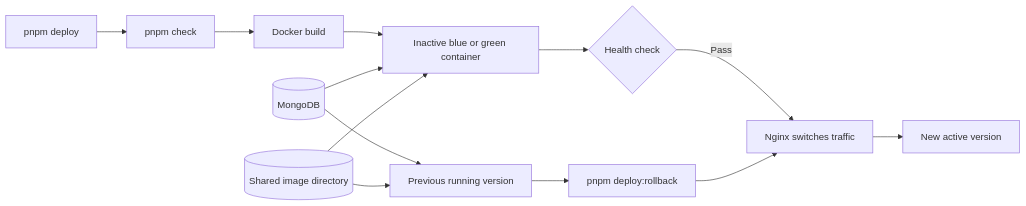
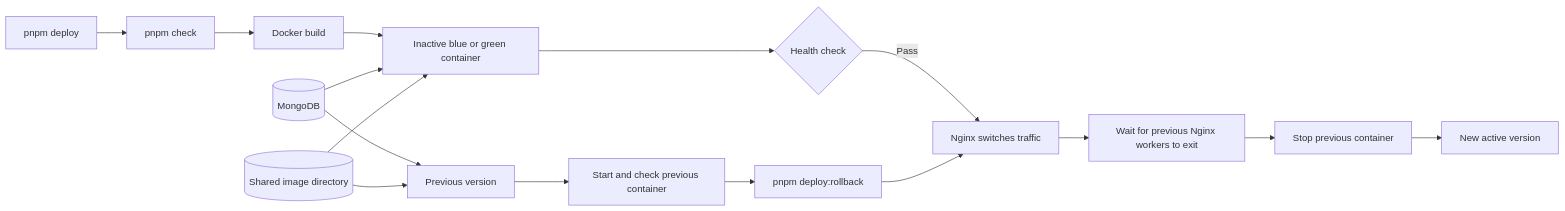
The second of 2 diagrams in docs/DEVELOPMENT-AND-DEPLOYMENT.md (danikas2k2/rusys), drawn with Mermaid before and after one commit. The commit also changed other lines of this file and 3 other files, not shown here.

````diff
--- a/docs/DEVELOPMENT-AND-DEPLOYMENT.md
+++ b/docs/DEVELOPMENT-AND-DEPLOYMENT.md
@@ -123,15 +123,18 @@
 ```mermaid
 flowchart LR
     Deploy[pnpm deploy] --> Checks[pnpm check]
     Checks --> Build[Docker build]
     Build --> Idle[Inactive blue or green container]
     Idle --> Health{Health check}
     Health -->|Pass| Gateway[Nginx switches traffic]
-    Gateway --> Active[New active version]
-    Old[Previous running version] --> Rollback[pnpm deploy:rollback]
+    Gateway --> Drain[Wait for previous Nginx workers to exit]
+    Drain --> Stop[Stop previous container]
+    Stop --> Active[New active version]
+    Old[Previous version] --> Restart[Start and check previous container]
+    Restart --> Rollback[pnpm deploy:rollback]
     Rollback --> Gateway
     Mongo[(MongoDB)] --> Idle
     Mongo --> Old
     Images[(Shared image directory)] --> Idle
     Images --> Old
 ```
````
